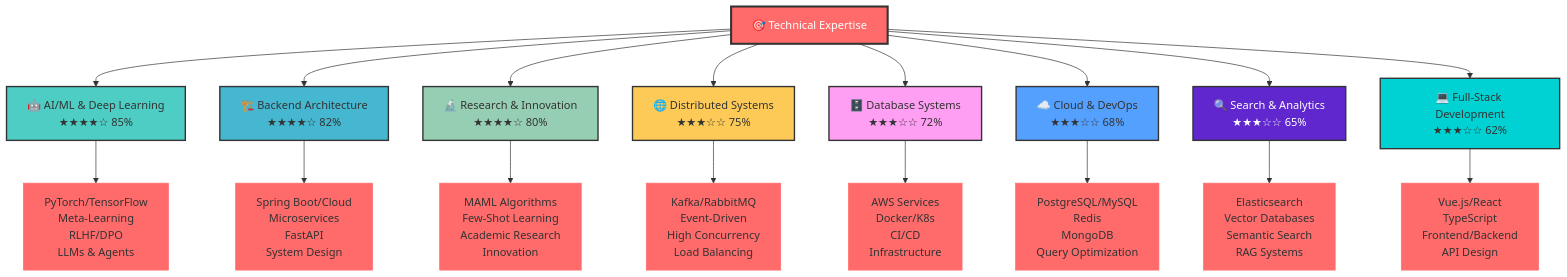
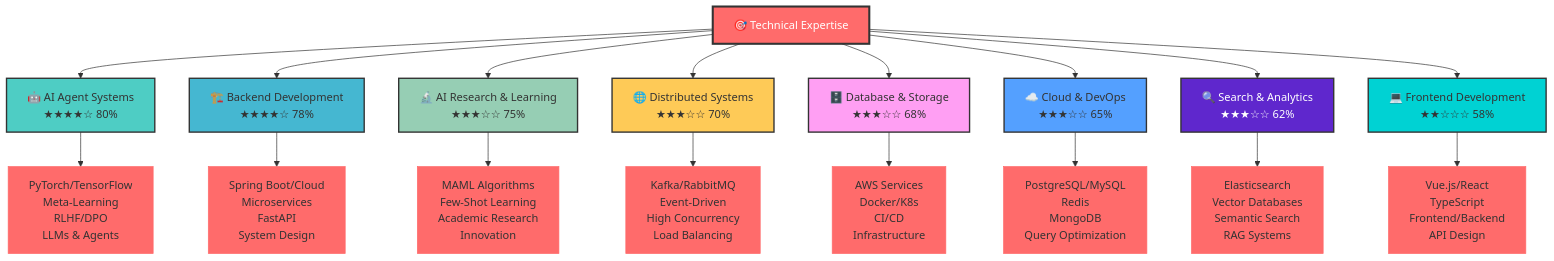
One commit to PrescottClub/PrescottClub changed the diagram in README.md. Above: the diagram before and after it, drawn with Mermaid. The commit also changed other lines of this file, not shown here.

First line of the commit message:
Refocus on AI Agent expertise with more modest and realistic profile

````diff
--- a/README.md
+++ b/README.md
@@ -75,31 +75,31 @@
 ```mermaid
 %%{init: {'theme':'base', 'themeVariables': { 'primaryColor': '#ff6b6b', 'primaryTextColor': '#333', 'primaryBorderColor': '#ff6b6b', 'lineColor': '#333', 'secondaryColor': '#006100', 'tertiaryColor': '#fff'}}}%%
 graph TD
-    A[🎯 Technical Expertise] --> B[🤖 AI/ML & Deep Learning<br/>★★★★☆ 85%]
-    A --> C[🏗️ Backend Architecture<br/>★★★★☆ 82%]
-    A --> D[🔬 Research & Innovation<br/>★★★★☆ 80%]
-    A --> E[🌐 Distributed Systems<br/>★★★☆☆ 75%]
-    A --> F[🗄️ Database Systems<br/>★★★☆☆ 72%]
-    A --> G[☁️ Cloud & DevOps<br/>★★★☆☆ 68%]
-    A --> H[🔍 Search & Analytics<br/>★★★☆☆ 65%]
-    A --> I[💻 Full-Stack Development<br/>★★★☆☆ 62%]
+    A[🎯 Technical Expertise] --> B[🤖 AI Agent Systems<br/>★★★★☆ 80%]
+    A --> C[🏗️ Backend Development<br/>★★★★☆ 78%]
+    A --> D[🔬 AI Research & Learning<br/>★★★☆☆ 75%]
+    A --> E[🌐 Distributed Systems<br/>★★★☆☆ 70%]
+    A --> F[🗄️ Database & Storage<br/>★★★☆☆ 68%]
+    A --> G[☁️ Cloud & DevOps<br/>★★★☆☆ 65%]
+    A --> H[🔍 Search & Analytics<br/>★★★☆☆ 62%]
+    A --> I[💻 Frontend Development<br/>★★☆☆☆ 58%]
 
     B --> B1[PyTorch/TensorFlow<br/>Meta-Learning<br/>RLHF/DPO<br/>LLMs & Agents]
     C --> C1[Spring Boot/Cloud<br/>Microservices<br/>FastAPI<br/>System Design]
     D --> D1[MAML Algorithms<br/>Few-Shot Learning<br/>Academic Research<br/>Innovation]
     E --> E1[Kafka/RabbitMQ<br/>Event-Driven<br/>High Concurrency<br/>Load Balancing]
     F --> F1[AWS Services<br/>Docker/K8s<br/>CI/CD<br/>Infrastructure]
     G --> G1[PostgreSQL/MySQL<br/>Redis<br/>MongoDB<br/>Query Optimization]
     H --> H1[Elasticsearch<br/>Vector Databases<br/>Semantic Search<br/>RAG Systems]
     I --> I1[Vue.js/React<br/>TypeScript<br/>Frontend/Backend<br/>API Design]
 
     style A fill:#ff6b6b,stroke:#333,stroke-width:3px,color:#fff
     style B fill:#4ecdc4,stroke:#333,stroke-width:2px
     style C fill:#45b7d1,stroke:#333,stroke-width:2px
     style D fill:#96ceb4,stroke:#333,stroke-width:2px
     style E fill:#feca57,stroke:#333,stroke-width:2px
     style F fill:#ff9ff3,stroke:#333,stroke-width:2px
     style G fill:#54a0ff,stroke:#333,stroke-width:2px
     style H fill:#5f27cd,stroke:#333,stroke-width:2px,color:#fff
     style I fill:#00d2d3,stroke:#333,stroke-width:2px
 ```
````
